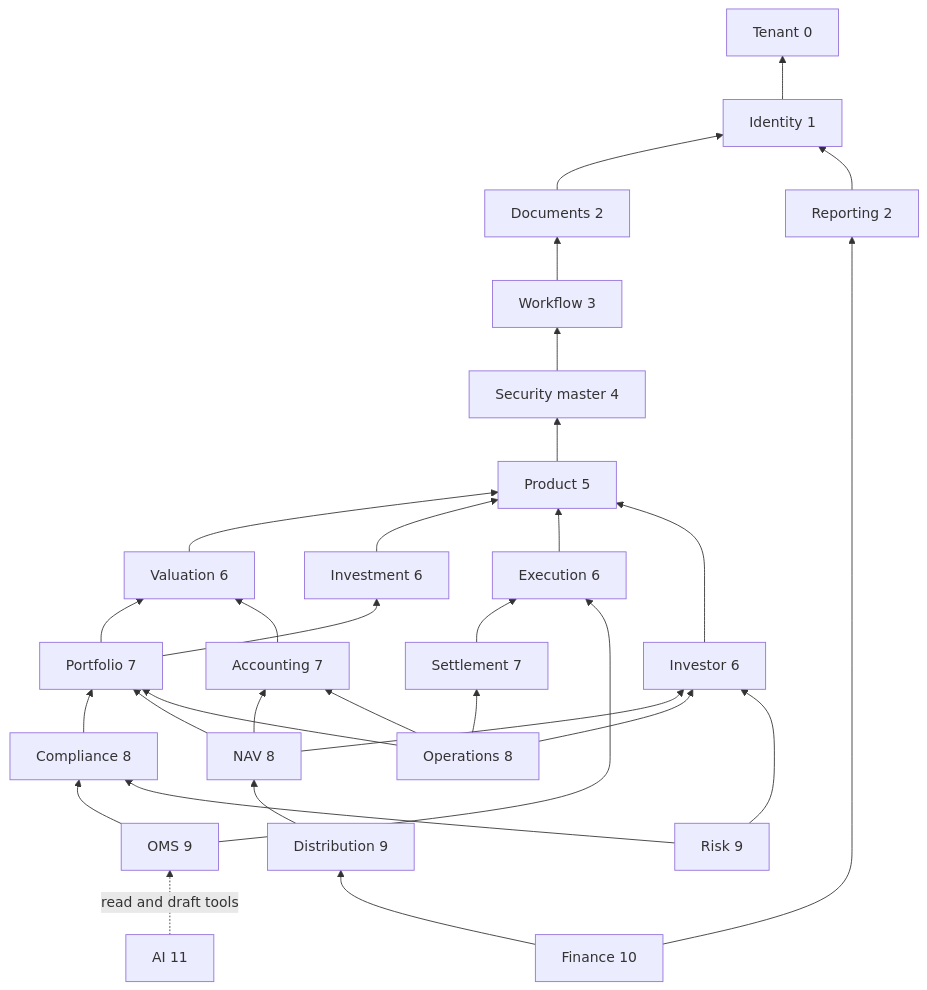
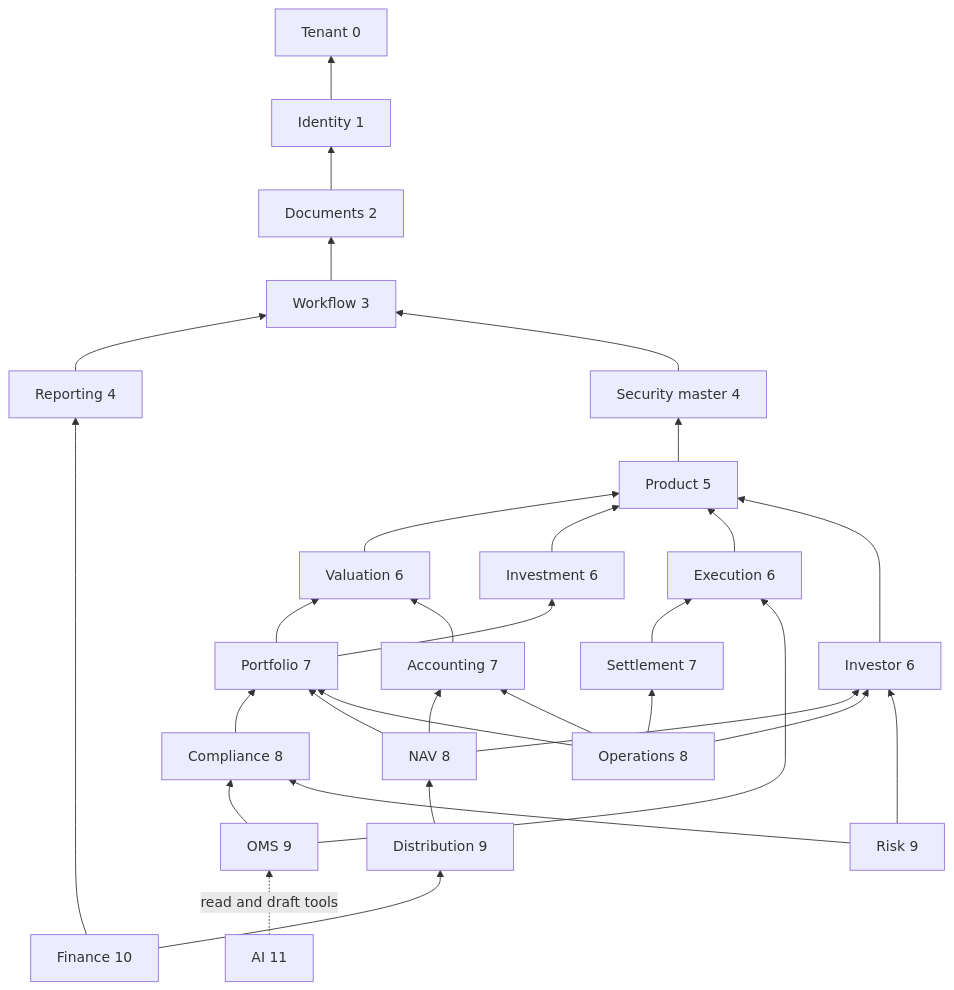
Before and after one commit to suchitdubey7/AMC-OS: the second of 3 diagrams in docs/04_enterprise_architecture/EA-003_domain_boundaries_and_service_catalogue.md, drawn with Mermaid. The commit also changed other lines of this file and 3 other files, not shown here.

````diff
--- a/docs/04_enterprise_architecture/EA-003_domain_boundaries_and_service_catalogue.md
+++ b/docs/04_enterprise_architecture/EA-003_domain_boundaries_and_service_catalogue.md
@@ -415,33 +415,33 @@
 ```mermaid
 flowchart BT
   IDN[Identity 1] --> TEN[Tenant 0]
   DOC[Documents 2] --> IDN
-  RPT[Reporting 2] --> IDN
+  RPT[Reporting 4] --> WFL
   WFL[Workflow 3] --> DOC
   SEC[Security master 4] --> WFL
   PRD[Product 5] --> SEC
   VAL[Valuation 6] --> PRD
   INV[Investment 6] --> PRD
   EXE[Execution 6] --> PRD
   IVR[Investor 6] --> PRD
   POR[Portfolio 7] --> VAL
   POR --> INV
   SET[Settlement 7] --> EXE
   ACC[Accounting 7] --> VAL
   CMP[Compliance 8] --> POR
   NAV[NAV 8] --> ACC
   NAV --> POR
   NAV --> IVR
   OPS[Operations 8] --> SET
   OPS --> ACC
   OPS --> POR
   OPS --> IVR
   OMS[OMS 9] --> CMP
   OMS --> EXE
   RSK[Risk 9] --> CMP
   RSK --> IVR
   DST[Distribution 9] --> NAV
   FIN[Finance 10] --> DST
   FIN --> RPT
   AI[AI 11] -.->|read and draft tools| OMS
 ```
````
